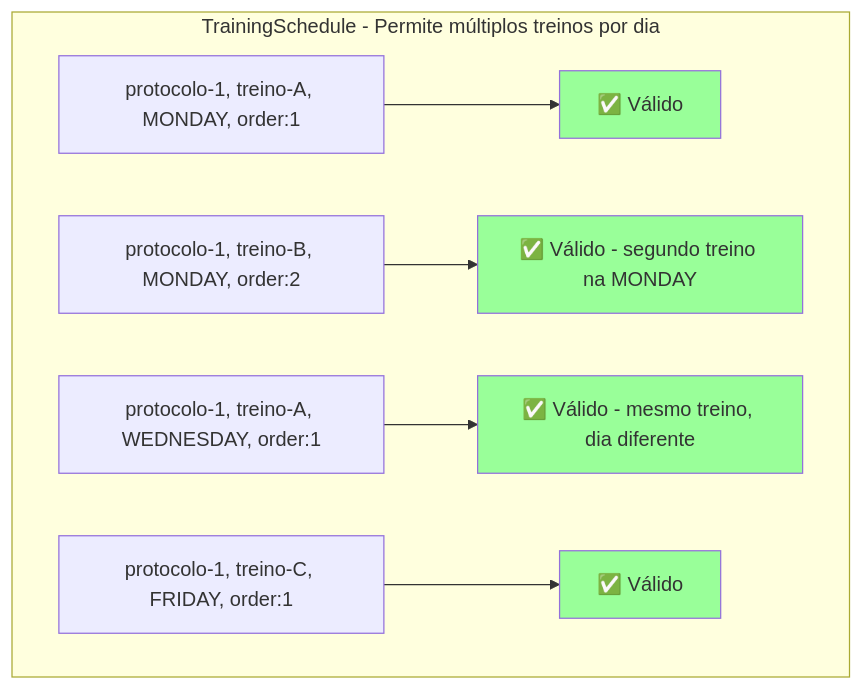
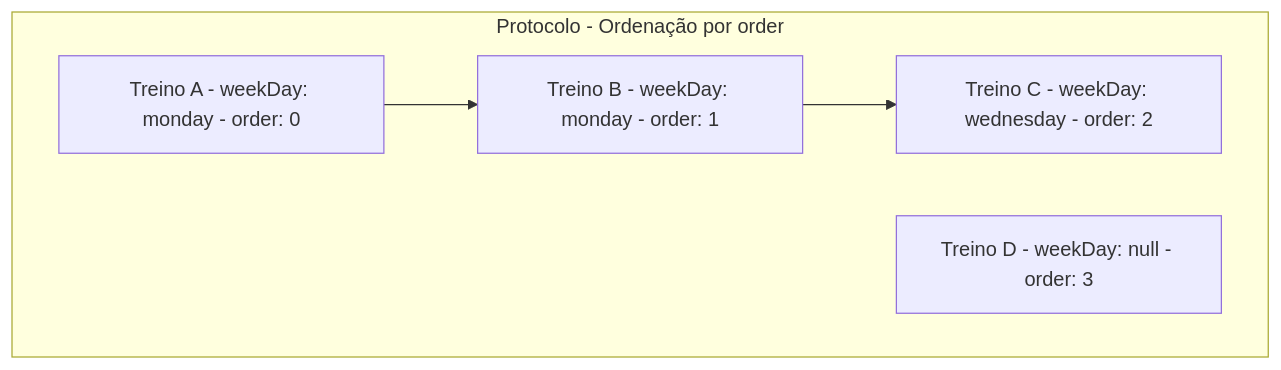
Before and after one commit to treinoway/teufit-service: the second of 4 diagrams in docs/adr/001-training-system-architecture.md, drawn with Mermaid. The commit also changed other lines of this file and 17 other files, not shown here.

````diff
--- a/docs/adr/001-training-system-architecture.md
+++ b/docs/adr/001-training-system-architecture.md
@@ -233,14 +208,8 @@
 ```mermaid
 graph TD
-    subgraph "TrainingSchedule - Permite múltiplos treinos por dia"
-        A[protocolo-1, treino-A, MONDAY, order:1] --> OK1[✅ Válido]
-        B[protocolo-1, treino-B, MONDAY, order:2] --> OK2[✅ Válido - segundo treino na MONDAY]
-        C[protocolo-1, treino-A, WEDNESDAY, order:1] --> OK3[✅ Válido - mesmo treino, dia diferente]
-        D[protocolo-1, treino-C, FRIDAY, order:1] --> OK4[✅ Válido]
+    subgraph "Protocolo - Ordenação por order"
+        A[Treino A - weekDay: monday - order: 0] --> B[Treino B - weekDay: monday - order: 1]
+        B --> C[Treino C - weekDay: wednesday - order: 2]
+        D[Treino D - weekDay: null - order: 3]
     end
-
-    style OK1 fill:#9f9
-    style OK2 fill:#9f9
-    style OK3 fill:#9f9
-    style OK4 fill:#9f9
 ```
````
